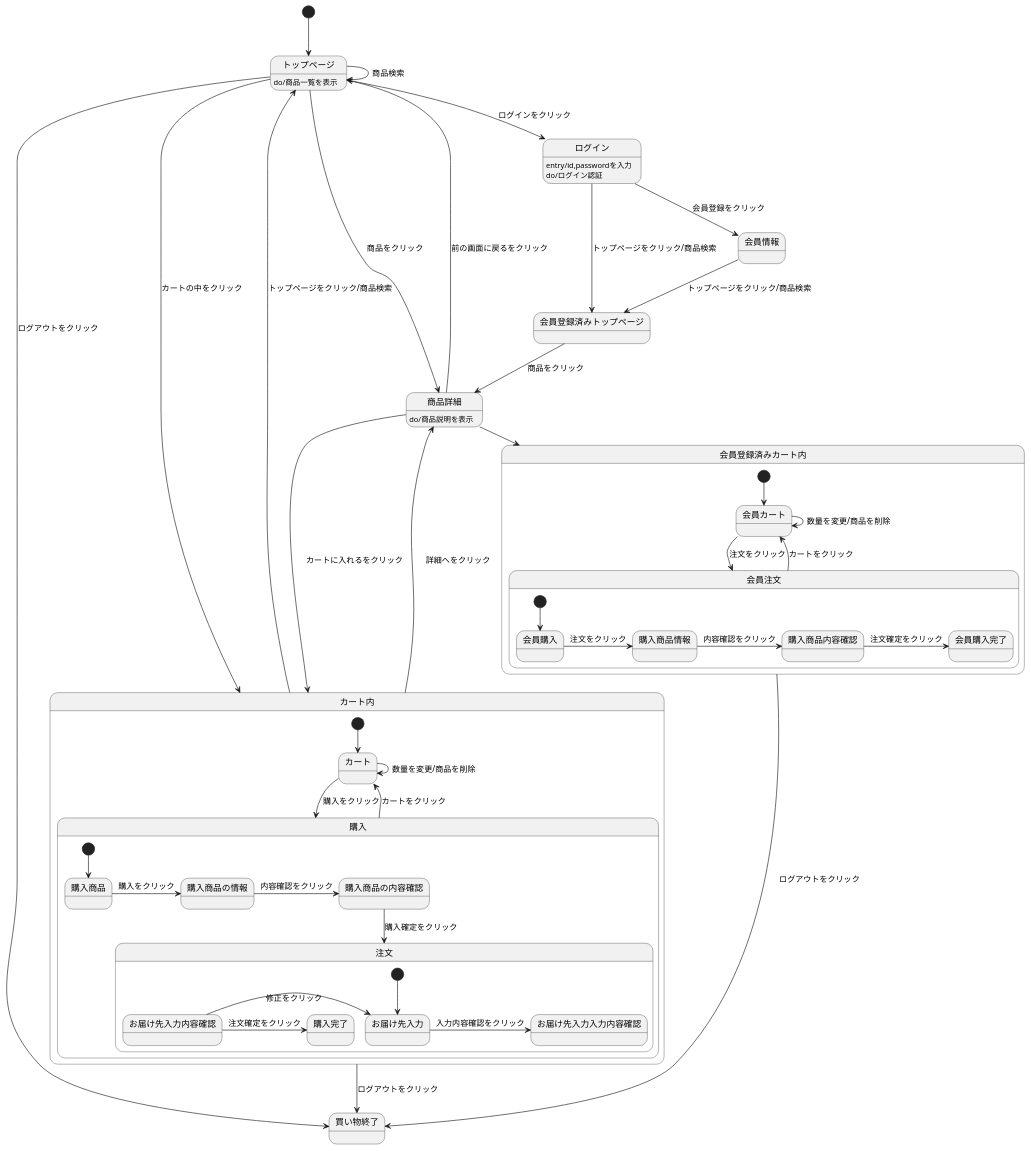
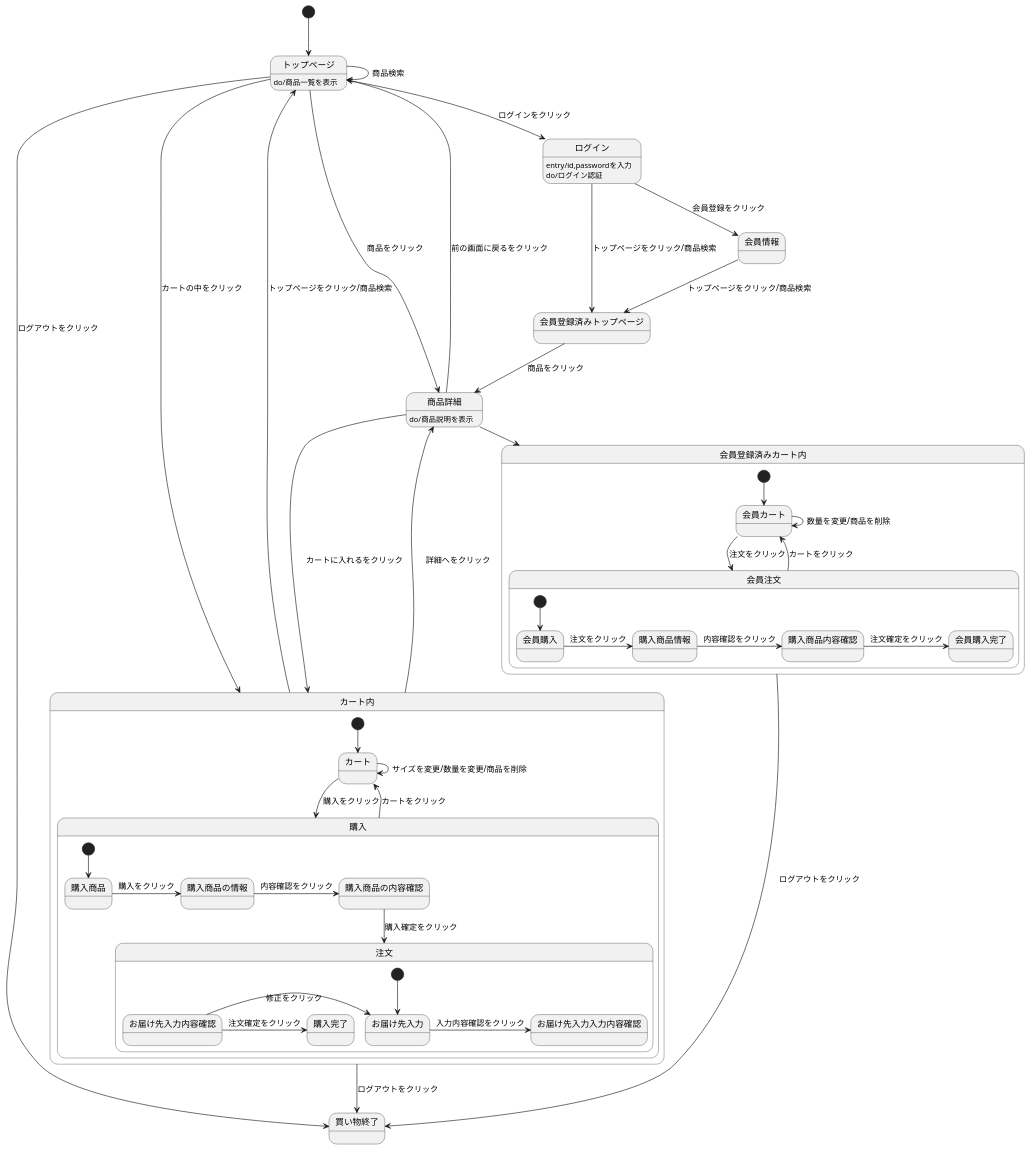
The diagram in create 12.md (Aso2001222/2021sys-design), drawn with PlantUML before and after one commit.

Commit message:
Update create 12.md

````diff
--- a/create 12.md
+++ b/create 12.md
@@ -1,57 +1,57 @@
 ```uml
 @startuml
 [*] --> トップページ
 会員情報 -down-> 会員登録済みトップページ : トップページをクリック/商品検索
 会員登録済みトップページ -down-> 商品詳細 : 商品をクリック
 ログイン -> 会員登録済みトップページ : トップページをクリック/商品検索
 ログイン : entry/id,passwordを入力
 ログイン : do/ログイン認証
 トップページ -down-> 買い物終了 : ログアウトをクリック
 トップページ -> トップページ : 商品検索
 トップページ -left-> 商品詳細 : 商品をクリック
 ログイン -down-> 会員情報 : 会員登録をクリック
 トップページ -down-> ログイン : ログインをクリック
 トップページ -down-> カート内 : カートの中をクリック
 トップページ : do/商品一覧を表示
 商品詳細 -down-> カート内 : カートに入れるをクリック
 商品詳細 -> 会員登録済みカート内 : カートに入れるをクリック
 商品詳細 --> トップページ : 前の画面に戻るをクリック
 商品詳細 : do/商品説明を表示
 カート内 -up-> トップページ : トップページをクリック/商品検索
 カート内 -down-> 買い物終了 : ログアウトをクリック
 会員登録済みカート内 -down-> 買い物終了 : ログアウトをクリック
 カート内 -> 商品詳細 : 詳細へをクリック
 
 
 state カート内{
 [*] --> カート
 カート -down-> 購入 : 購入をクリック
-カート -> カート : 数量を変更/商品を削除
+カート -> カート : サイズを変更/数量を変更/商品を削除
 購入 --> カート : カートをクリック
 state 購入{
 [*] --> 購入商品
 購入商品 -> 購入商品の情報 : 購入をクリック
 購入商品の情報 -> 購入商品の内容確認 : 内容確認をクリック
 購入商品の内容確認 -down-> 注文 : 購入確定をクリック
 state 注文{
 [*] --> お届け先入力
 お届け先入力 -> お届け先入力入力内容確認 : 入力内容確認をクリック
 お届け先入力内容確認 -> お届け先入力 : 修正をクリック
 お届け先入力内容確認 -> 購入完了 : 注文確定をクリック
 }
 }
 }
 state 会員登録済みカート内{
 [*] --> 会員カート
 会員カート -> 会員注文 : 注文をクリック
 会員カート -> 会員カート : 数量を変更/商品を削除
 会員注文 --> 会員カート : カートをクリック
 state 会員注文{
 [*] --> 会員購入
 会員購入 -> 購入商品情報 : 注文をクリック
 購入商品情報 -> 購入商品内容確認 : 内容確認をクリック
 購入商品内容確認 -> 会員購入完了 : 注文確定をクリック
 }
 }
 @enduml
 ```
````
